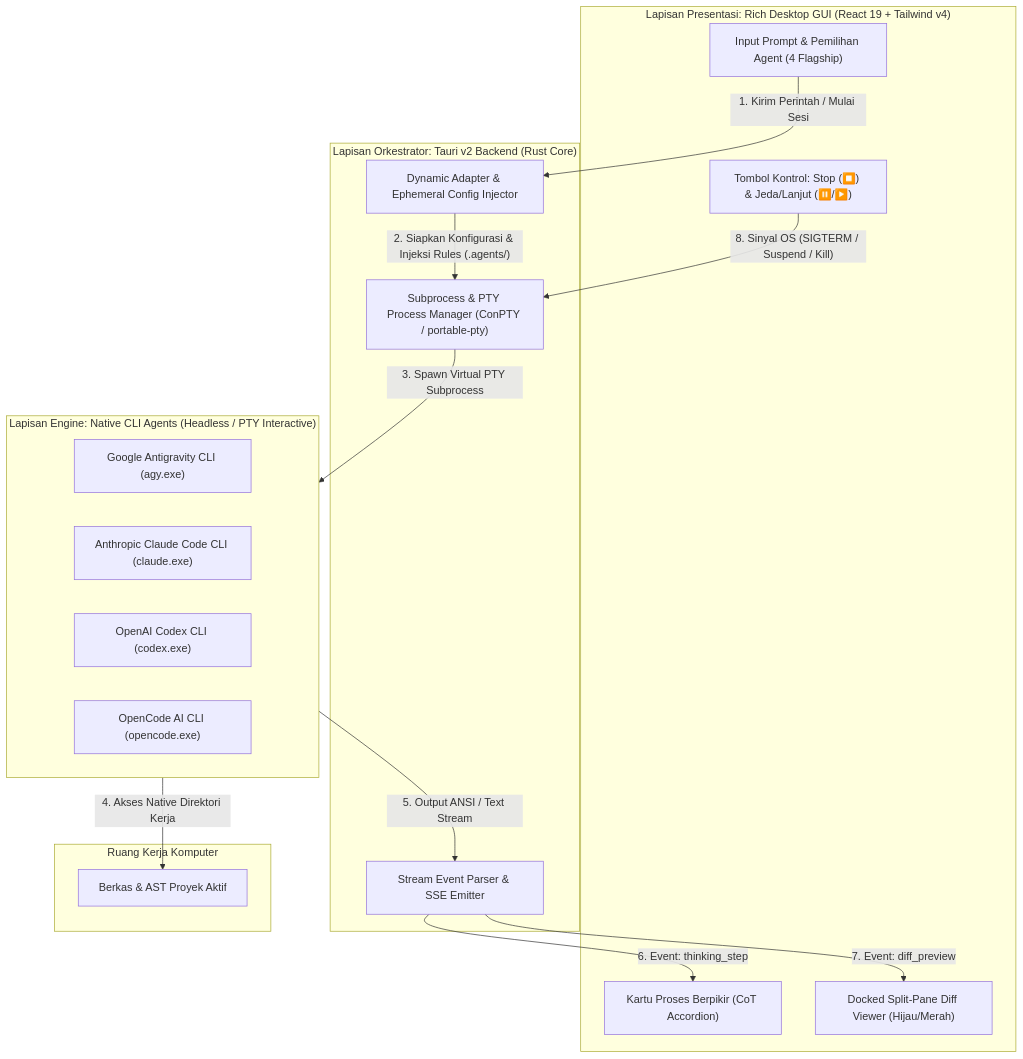
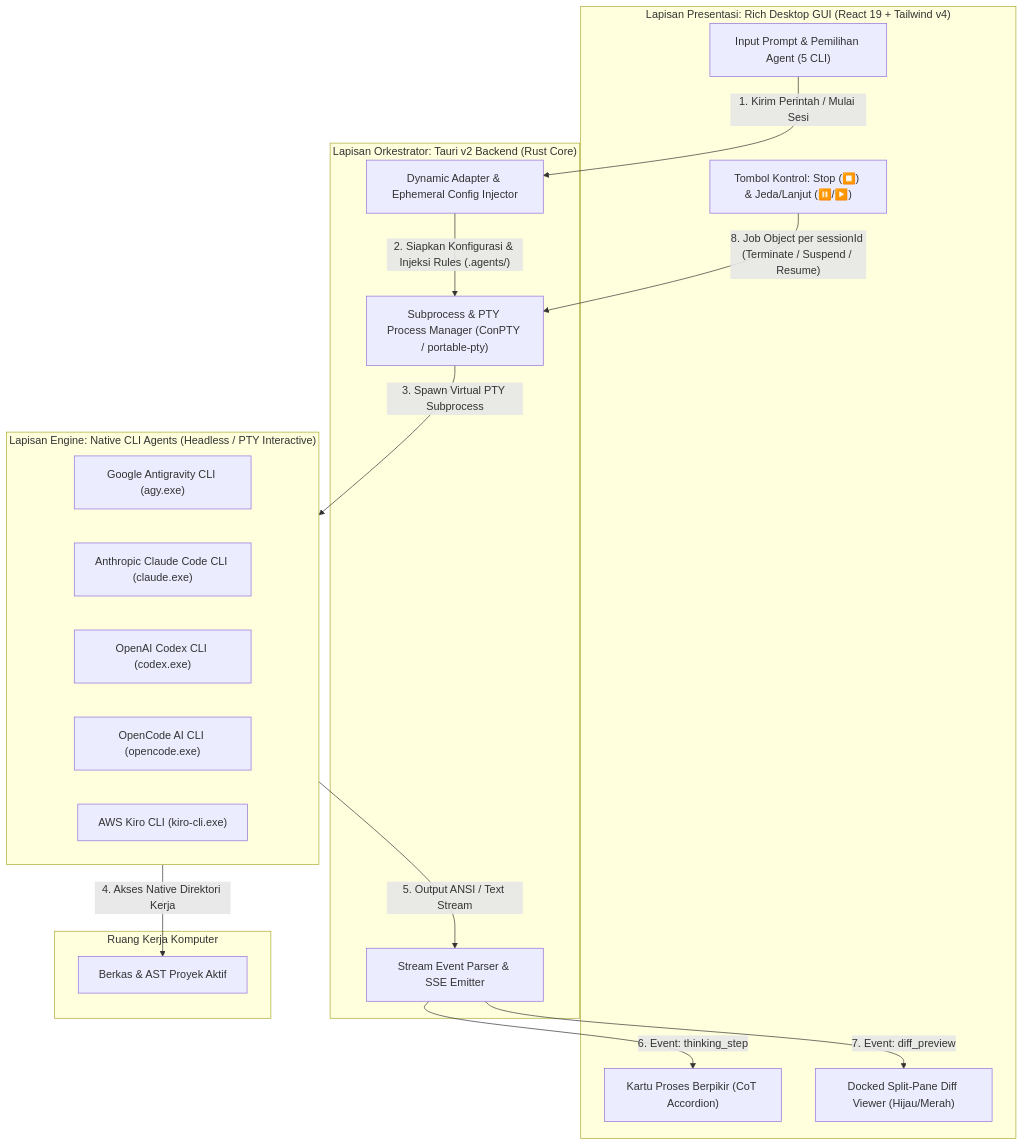
Before and after one commit to aldisoraja/SORAJA-AGENT-AI: the third of 3 diagrams in specs/sdd-speckit.md, drawn with Mermaid. The commit also changed other lines of this file and 20 other files, not shown here.

First line of the commit message:
feat(agent): Job Object Windows untuk proses CLI, Stop/Jeda per sessionId, skill persisten & sinkronisasi dokumen

````diff
--- a/specs/sdd-speckit.md
+++ b/specs/sdd-speckit.md
@@ -221,35 +231,36 @@
 ```mermaid
 flowchart TD
     subgraph UI ["Lapisan Presentasi: Rich Desktop GUI (React 19 + Tailwind v4)"]
-        ChatInput["Input Prompt & Pemilihan Agent (4 Flagship)"]
+        ChatInput["Input Prompt & Pemilihan Agent (5 CLI)"]
         ThinkingCard["Kartu Proses Berpikir (CoT Accordion)"]
         DiffViewer["Docked Split-Pane Diff Viewer (Hijau/Merah)"]
         ActionControls["Tombol Kontrol: Stop (⏹️) & Jeda/Lanjut (⏸️/▶️)"]
     end
 
     subgraph Orchestrator ["Lapisan Orkestrator: Tauri v2 Backend (Rust Core)"]
         ProcessMgr["Subprocess & PTY Process Manager (ConPTY / portable-pty)"]
         EventParser["Stream Event Parser & SSE Emitter"]
         ConfigInjector["Dynamic Adapter & Ephemeral Config Injector"]
     end
 
     subgraph CLI_Agents ["Lapisan Engine: Native CLI Agents (Headless / PTY Interactive)"]
         AGY["Google Antigravity CLI (agy.exe)"]
         ClaudeCode["Anthropic Claude Code CLI (claude.exe)"]
         CodexCLI["OpenAI Codex CLI (codex.exe)"]
         OpenCode["OpenCode AI CLI (opencode.exe)"]
+        Kiro["AWS Kiro CLI (kiro-cli.exe)"]
     end
 
     subgraph Workspace ["Ruang Kerja Komputer"]
         ProjectFiles["Berkas & AST Proyek Aktif"]
     end
 
     ChatInput -->|"1. Kirim Perintah / Mulai Sesi"| ConfigInjector
     ConfigInjector -->|"2. Siapkan Konfigurasi & Injeksi Rules (.agents/)"| ProcessMgr
     ProcessMgr -->|"3. Spawn Virtual PTY Subprocess"| CLI_Agents
     CLI_Agents -->|"4. Akses Native Direktori Kerja"| ProjectFiles
     CLI_Agents -->|"5. Output ANSI / Text Stream"| EventParser
     EventParser -->|"6. Event: thinking_step"| ThinkingCard
     EventParser -->|"7. Event: diff_preview"| DiffViewer
-    ActionControls -->|"8. Sinyal OS (SIGTERM / Suspend / Kill)"| ProcessMgr
+    ActionControls -->|"8. Job Object per sessionId (Terminate / Suspend / Resume)"| ProcessMgr
 ```
````
